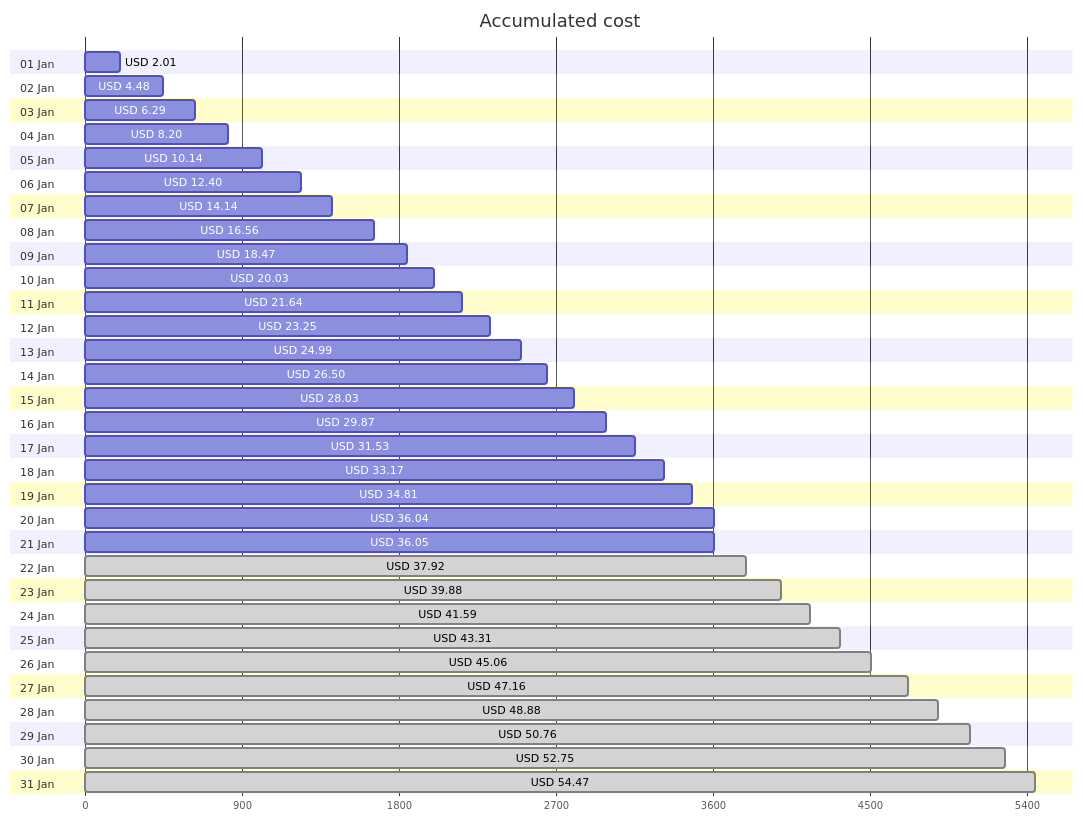
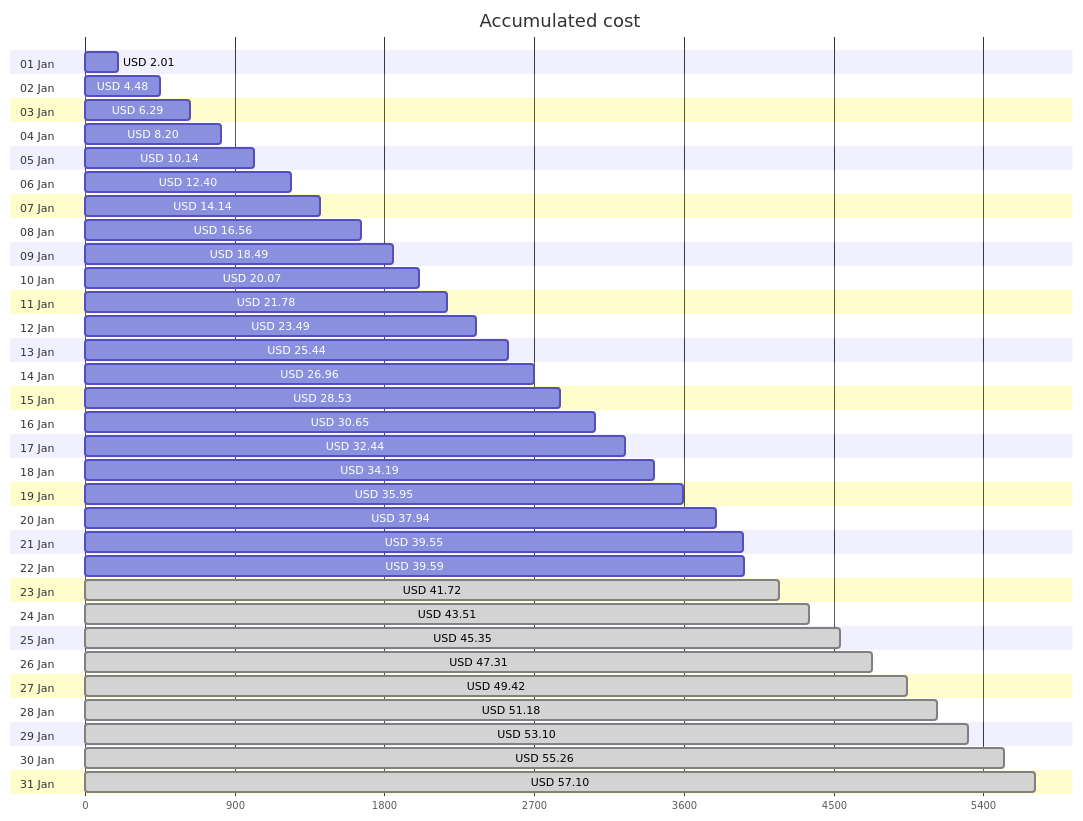
One commit to jpfulton/azure-personal-reports changed the first of 4 diagrams in cost-reports/personal-network/README.md. Above: the diagram before and after it, drawn with Mermaid. The commit also changed other lines of this file and 8 other files, not shown here.

````diff
--- a/cost-reports/personal-network/README.md
+++ b/cost-reports/personal-network/README.md
@@ -20,68 +20,68 @@
 ```mermaid
 gantt
    title Accumulated cost
    dateFormat  X
    axisFormat %s
    section 01 Jan
    USD 2.01 :0, 201
    section 02 Jan
    USD 4.48 :0, 448
    section 03 Jan
    USD 6.29 :0, 629
    section 04 Jan
    USD 8.20 :0, 820
    section 05 Jan
    USD 10.14 :0, 1014
    section 06 Jan
    USD 12.40 :0, 1240
    section 07 Jan
    USD 14.14 :0, 1414
    section 08 Jan
    USD 16.56 :0, 1656
    section 09 Jan
-   USD 18.47 :0, 1847
+   USD 18.49 :0, 1849
    section 10 Jan
-   USD 20.03 :0, 2003
+   USD 20.07 :0, 2007
    section 11 Jan
-   USD 21.64 :0, 2164
+   USD 21.78 :0, 2178
    section 12 Jan
-   USD 23.25 :0, 2325
+   USD 23.49 :0, 2349
    section 13 Jan
-   USD 24.99 :0, 2499
+   USD 25.44 :0, 2544
    section 14 Jan
-   USD 26.50 :0, 2650
+   USD 26.96 :0, 2696
    section 15 Jan
-   USD 28.03 :0, 2803
+   USD 28.53 :0, 2853
    section 16 Jan
-   USD 29.87 :0, 2987
+   USD 30.65 :0, 3065
    section 17 Jan
-   USD 31.53 :0, 3153
+   USD 32.44 :0, 3244
    section 18 Jan
-   USD 33.17 :0, 3317
+   USD 34.19 :0, 3419
    section 19 Jan
-   USD 34.81 :0, 3481
+   USD 35.95 :0, 3595
    section 20 Jan
-   USD 36.04 :0, 3604
+   USD 37.94 :0, 3794
    section 21 Jan
-   USD 36.05 :0, 3605
+   USD 39.55 :0, 3955
    section 22 Jan
-   USD 37.92 : done, 0, 3792
+   USD 39.59 :0, 3959
    section 23 Jan
-   USD 39.88 : done, 0, 3988
+   USD 41.72 : done, 0, 4172
    section 24 Jan
-   USD 41.59 : done, 0, 4159
+   USD 43.51 : done, 0, 4351
    section 25 Jan
-   USD 43.31 : done, 0, 4331
+   USD 45.35 : done, 0, 4535
    section 26 Jan
-   USD 45.06 : done, 0, 4506
+   USD 47.31 : done, 0, 4731
    section 27 Jan
-   USD 47.16 : done, 0, 4716
+   USD 49.42 : done, 0, 4942
    section 28 Jan
-   USD 48.88 : done, 0, 4888
+   USD 51.18 : done, 0, 5118
    section 29 Jan
-   USD 50.76 : done, 0, 5076
+   USD 53.10 : done, 0, 5310
    section 30 Jan
-   USD 52.75 : done, 0, 5275
+   USD 55.26 : done, 0, 5526
    section 31 Jan
-   USD 54.47 : done, 0, 5447
+   USD 57.10 : done, 0, 5710
 ```
````
